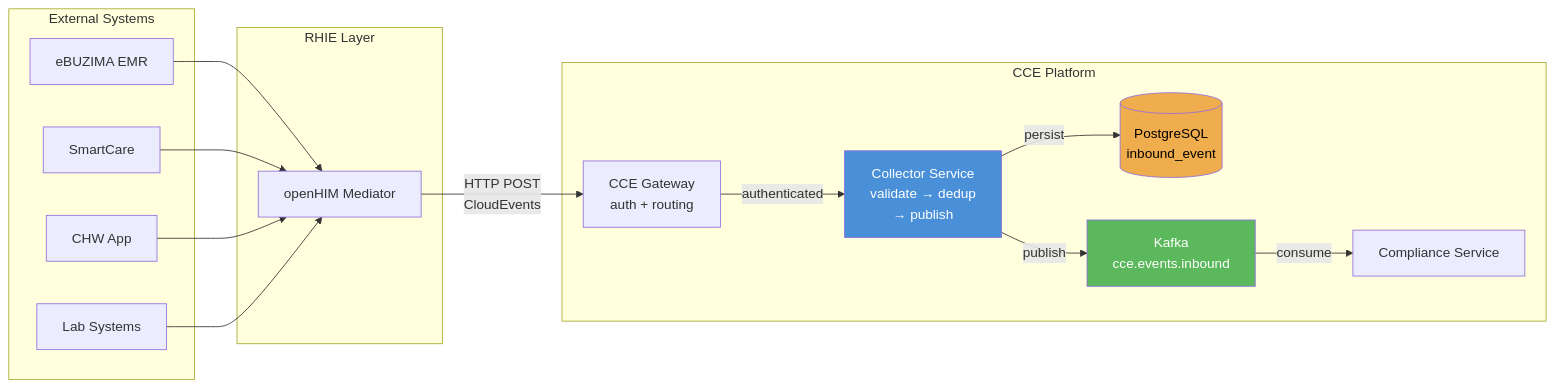
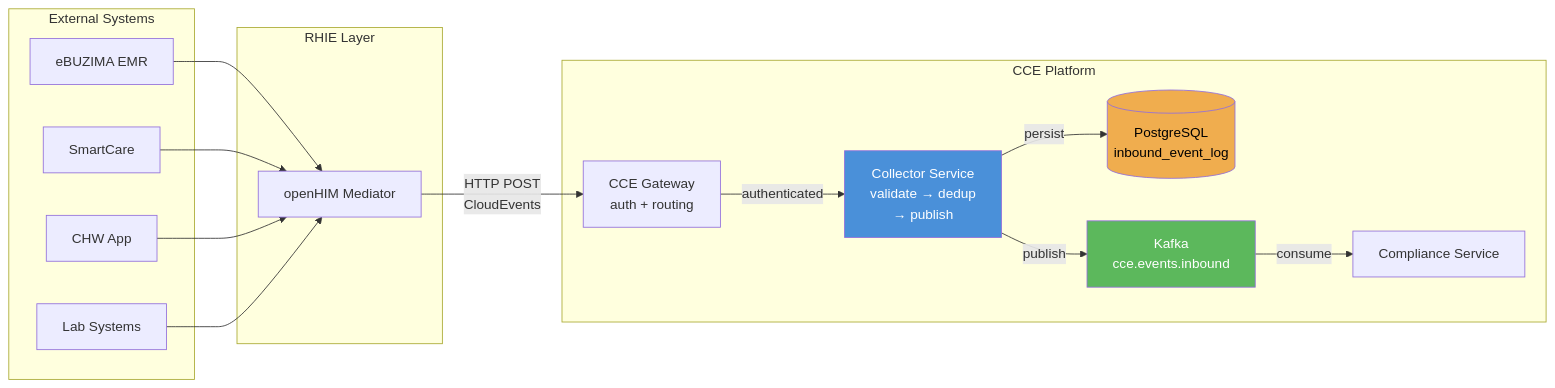
One commit to Jayaprakash8887/cce-collector-service changed the fifth of 7 diagrams in docs/flow-diagrams.md. Above: the diagram before and after it, drawn with Mermaid. The commit also changed other lines of this file and 8 other files, not shown here.

First line of the commit message:
Refactor inbound_event to inbound_event_log across documentation and codebase

````diff
--- a/docs/flow-diagrams.md
+++ b/docs/flow-diagrams.md
@@ -161,35 +161,35 @@
 ```mermaid
 flowchart LR
     subgraph External["External Systems"]
         EMR1[eBUZIMA EMR]
         EMR2[SmartCare]
         CHW[CHW App]
         LAB[Lab Systems]
     end
 
     subgraph RHIE["RHIE Layer"]
         OH[openHIM Mediator]
     end
 
     subgraph CCE["CCE Platform"]
         GW[CCE Gateway<br/>auth + routing]
         CS[Collector Service<br/>validate → dedup<br/>→ publish]
-        PG[(PostgreSQL<br/>inbound_event)]
+        PG[(PostgreSQL<br/>inbound_event_log)]
         KF[Kafka<br/>cce.events.inbound]
         COMP[Compliance Service]
     end
 
     EMR1 --> OH
     EMR2 --> OH
     CHW --> OH
     LAB --> OH
     OH -->|HTTP POST<br/>CloudEvents| GW
     GW -->|authenticated| CS
     CS -->|persist| PG
     CS -->|publish| KF
     KF -->|consume| COMP
 
     style CS fill:#4a90d9,color:#fff
     style KF fill:#5cb85c,color:#fff
     style PG fill:#f0ad4e,color:#000
 ```
````
